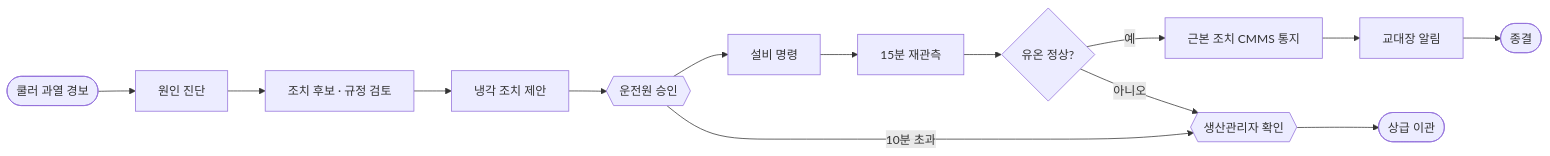
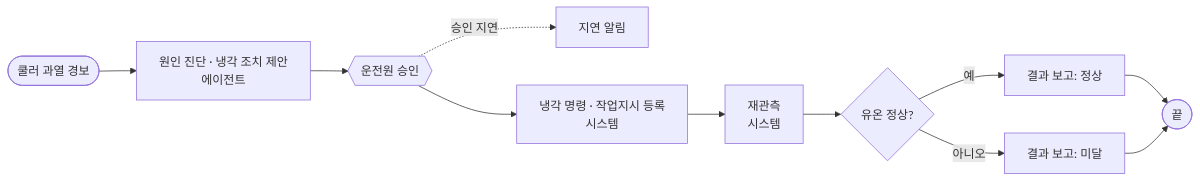
One commit to uengine-oss/hyd-iot-edu changed the first of 3 diagrams in docs/보고서/2026-10-09_HYD_시나리오_3개.md. Above: the diagram before and after it, drawn with Mermaid. The commit also changed other lines of this file, not shown here.

Commit message:
A161: 시나리오 보고서 — B 정기 정비 확정, 흐름을 승인 1회 · 시스템 자동 확인 · 결과 보고로 단순화, 경쟁하는 대안 명시

````diff
--- a/docs/보고서/2026-10-09_HYD_시나리오_3개.md
+++ b/docs/보고서/2026-10-09_HYD_시나리오_3개.md
@@ -63,16 +80,13 @@
 ```mermaid
 flowchart LR
-  S([쿨러 과열 경보]) --> A1[원인 진단]
-  A1 --> A2[조치 후보 · 규정 검토]
-  A2 --> A3[냉각 조치 제안]
-  A3 --> H1{{운전원 승인}}
-  H1 -- 10분 초과 --> H2{{생산관리자 확인}}
-  H1 --> P1[설비 명령]
-  P1 --> P2[15분 재관측]
+  S([쿨러 과열 경보]) --> A1[원인 진단 · 냉각 조치 제안<br/>에이전트]
+  A1 --> H1{{운전원 승인}}
+  H1 -. 승인 지연 .-> N1[지연 알림]
+  H1 --> P1[냉각 명령 · 작업지시 등록<br/>시스템]
+  P1 --> P2[재관측<br/>시스템]
   P2 --> G{유온 정상?}
-  G -- 예 --> P3[근본 조치 CMMS 통지]
-  P3 --> P4[교대장 알림]
-  P4 --> E1([종결])
-  G -- 아니오 --> H2
-  H2 --> E2([상급 이관])
+  G -- 예 --> R1[결과 보고: 정상]
+  G -- 아니오 --> R2[결과 보고: 미달]
+  R1 --> E([끝])
+  R2 --> E
 ```
````
